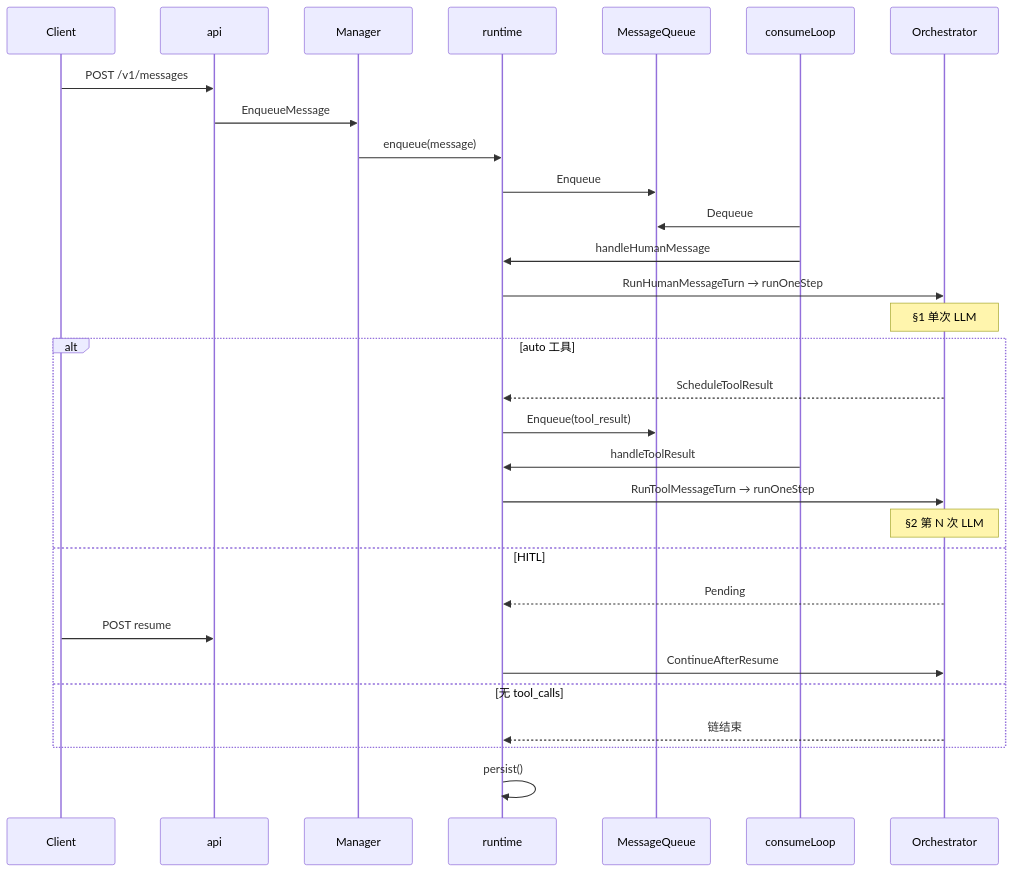
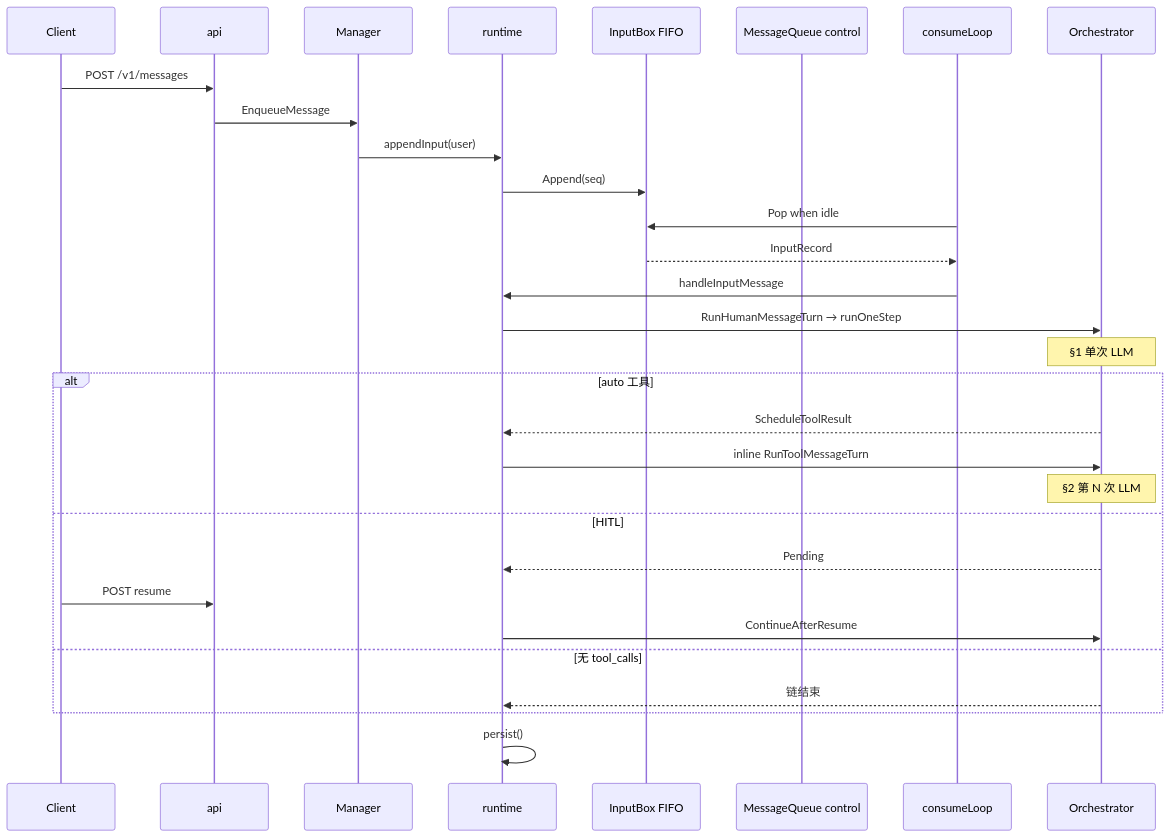
Before and after one commit to DGS-ai-team/DAgents: the second of 2 diagrams in docs/handbook/02-Agent-Node-核心.md, drawn with Mermaid. The commit also changed other lines of this file and 77 other files, not shown here.

Commit message:
refactor: separate input ingress from turn control queue

````diff
--- a/docs/handbook/02-Agent-Node-核心.md
+++ b/docs/handbook/02-Agent-Node-核心.md
@@ -470,33 +465,33 @@
 ```mermaid
 sequenceDiagram
     participant C as Client
     participant API as api
     participant M as Manager
     participant RT as runtime
-    participant Q as MessageQueue
+    participant I as InputBox FIFO
+    participant Q as MessageQueue control
     participant L as consumeLoop
     participant O as Orchestrator
 
     C->>API: POST /v1/messages
     API->>M: EnqueueMessage
-    M->>RT: enqueue(message)
-    RT->>Q: Enqueue
-    L->>Q: Dequeue
-    L->>RT: handleHumanMessage
+    M->>RT: appendInput(user)
+    RT->>I: Append(seq)
+    L->>I: Pop when idle
+    I-->>L: InputRecord
+    L->>RT: handleInputMessage
     RT->>O: RunHumanMessageTurn → runOneStep
     Note over O: §1 单次 LLM
     alt auto 工具
         O-->>RT: ScheduleToolResult
-        RT->>Q: Enqueue(tool_result)
-        L->>RT: handleToolResult
-        RT->>O: RunToolMessageTurn → runOneStep
+        RT->>O: inline RunToolMessageTurn
         Note over O: §2 第 N 次 LLM
     else HITL
         O-->>RT: Pending
         C->>API: POST resume
         RT->>O: ContinueAfterResume
     else 无 tool_calls
         O-->>RT: 链结束
     end
     RT->>RT: persist()
 ```
````
